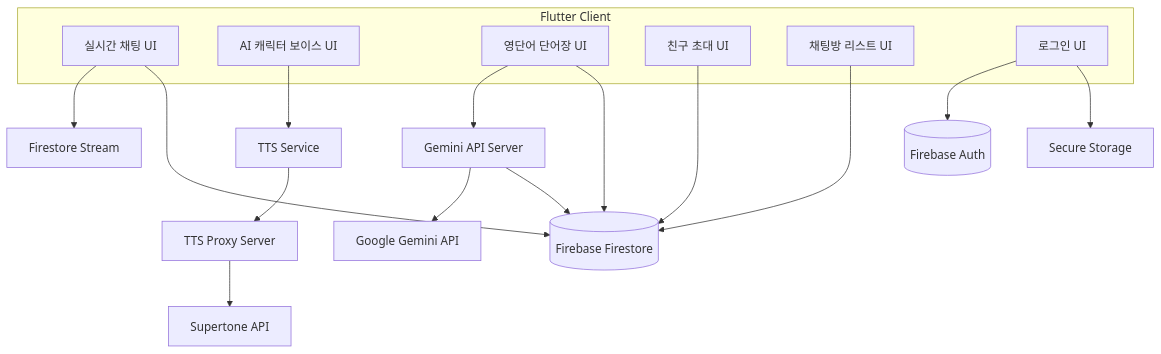
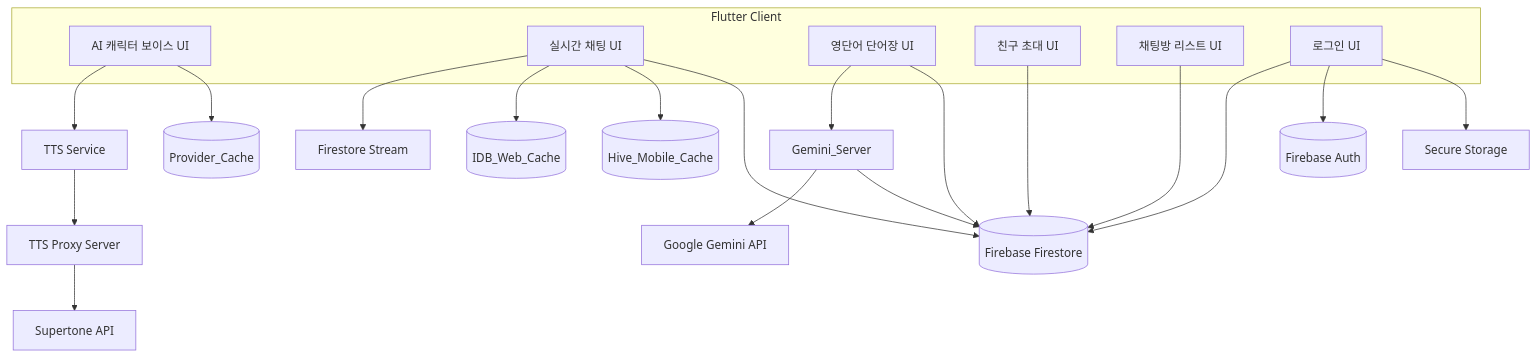
The diagram in README.md (8848man/machat), drawn with Mermaid before and after one commit. The commit also changed other lines of this file and 320 other files, not shown here.

````diff
--- a/README.md
+++ b/README.md
@@ -20,42 +21,51 @@
 ```mermaid
 graph TB
 
     %% --- 클라이언트 ---
     subgraph Client[Flutter Client]
+        VoiceUI[AI 캐릭터 보이스 UI]
         ChatUI[실시간 채팅 UI]
-        VoiceUI[AI 캐릭터 보이스 UI]
         VocabUI[영단어 단어장 UI]
         InviteUI[친구 초대 UI]
         RoomListUI[채팅방 리스트 UI]
         LoginUI[로그인 UI]
     end
-
-    %% --- 실시간 채팅 ---
-    ChatUI --> FS_Stream[Firestore Stream]
-    ChatUI --> FS_DB[Firebase Firestore]
-
-    %% --- AI 캐릭터 보이스 ---
-    VoiceUI --> TTS_Service[TTS Service]
-    TTS_Service --> TTS_Proxy[TTS Proxy Server]
-    TTS_Proxy --> Supertone[Supertone API]
-
-    %% --- 단어장 기능 ---
-    VocabUI --> Gemini_Server[Gemini API Server]
-    Gemini_Server --> Gemini_API[Google Gemini API]
-    VocabUI --> FS_DB
-    Gemini_Server --> FS_DB
-
-    %% --- 친구 초대 ---
-    InviteUI --> FS_DB
-
-    %% --- 채팅방 리스트 관리 ---
-    RoomListUI --> FS_DB
-
-    %% --- 로그인 기능 ---
-    LoginUI --> FB_Auth[Firebase Auth]
-    LoginUI --> SecureStorage[Secure Storage]
-
-    %% --- Firebase 공통 ---
+    
+    %% --- 로컬 캐쉬 ---
+    Web_Cache[(IDB_Web_Cache)]
+    Mobile_Cache[(Hive_Mobile_Cache)]
+    Memory_Cache[(Provider_Cache)]
+    
+    %% --- Firebase 공통 (먼저 정의) ---
     FS_DB[(Firebase Firestore)]
     FB_Auth[(Firebase Auth)]
+    
+    %% --- AI 캐릭터 보이스 ---
+    VoiceUI --> TTS_Service[TTS Service];
+    VoiceUI --> Memory_Cache;
+    TTS_Service --> TTS_Proxy[TTS Proxy Server];
+    TTS_Proxy --> Supertone[Supertone API];
+    
+    %% --- 실시간 채팅 ---
+    ChatUI --> FS_Stream[Firestore Stream];
+    ChatUI --> Web_Cache;
+    ChatUI --> Mobile_Cache;
+    ChatUI --> FS_DB;
+    Gemini_Server --> Gemini_API[Google Gemini API];
+    
+    %% --- 단어장 기능 ---
+    VocabUI --> Gemini_Server;
+    VocabUI --> FS_DB;
+    Gemini_Server --> FS_DB;
+    
+    %% --- 친구 초대 ---
+    InviteUI --> FS_DB;
+    
+    %% --- 채팅방 리스트 관리 ---
+    RoomListUI --> FS_DB;
+    
+    %% --- 로그인 기능 ---
+    LoginUI --> FS_DB;
+    LoginUI --> FB_Auth;
+    LoginUI --> SecureStorage[Secure Storage];
 ```
````
